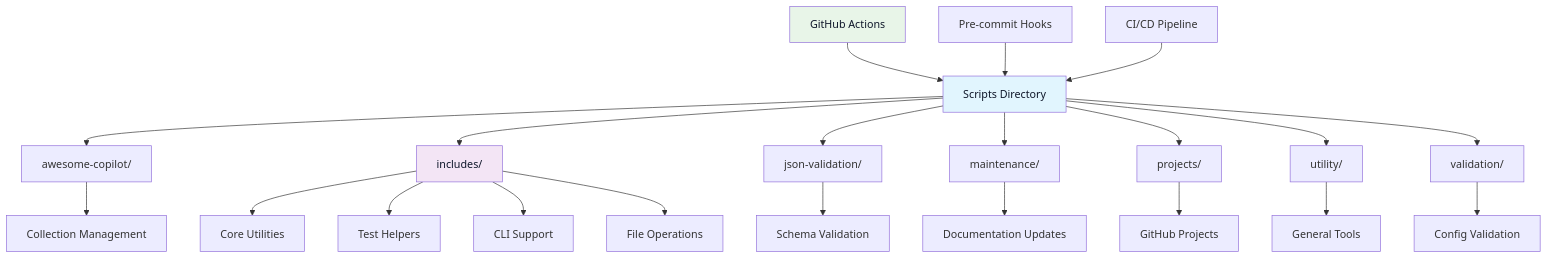
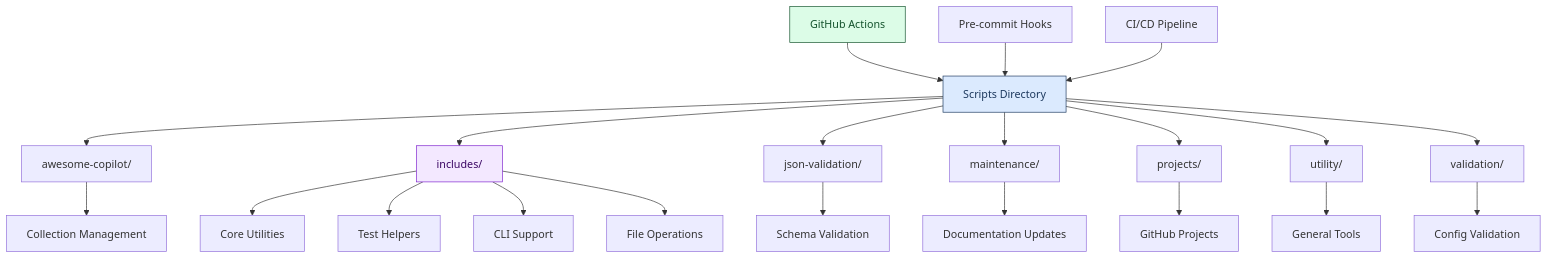
Before and after one commit to lightspeedwp/.github: the first of 3 diagrams in scripts/README.md, drawn with Mermaid. The commit also changed other lines of this file and 181 other files, not shown here.

Commit message:
docs: maintenance updates (Mermaid + staleness)

````diff
--- a/scripts/README.md
+++ b/scripts/README.md
@@ -41,32 +41,32 @@
 ```mermaid
 graph TB
   accTitle: Scripts Architecture
   accDescr: Top-down graph showing the scripts directory structure and key subfolders
     A[Scripts Directory] --> B[awesome-copilot/]
     A --> C[includes/]
     A --> D[json-validation/]
     A --> E[maintenance/]
     A --> F[projects/]
     A --> G[utility/]
     A --> H[validation/]
 
     C --> I[Core Utilities]
     C --> J[Test Helpers]
     C --> K[CLI Support]
     C --> L[File Operations]
 
     B --> M[Collection Management]
     D --> N[Schema Validation]
     E --> O[Documentation Updates]
     F --> P[GitHub Projects]
     G --> Q[General Tools]
     H --> R[Config Validation]
 
     S[GitHub Actions] --> A
     T[Pre-commit Hooks] --> A
     U[CI/CD Pipeline] --> A
 
-    style A fill:#e1f5fe,color:#0f172a
-    style C fill:#f3e5f5,color:#0f172a
-    style S fill:#e8f5e8,color:#0f172a
+    style A fill:#dbeafe,color:#1e3a5f,stroke:#1e3a5f
+    style C fill:#f3e8ff,color:#3b0764,stroke:#7e22ce
+    style S fill:#dcfce7,color:#14532d,stroke:#14532d
 ```
````
